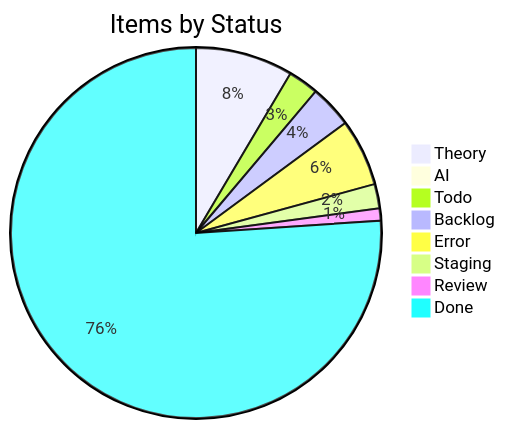
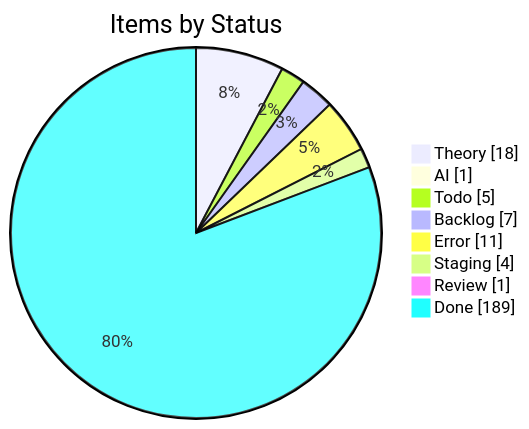
The first of 4 diagrams in apps/kbve/astro-kbve/src/content/docs/dashboard/kanban.mdx (KBVE/kbve), drawn with Mermaid before and after one commit. The commit also changed other lines of this file and 7 other files, not shown here.

````diff
--- a/apps/kbve/astro-kbve/src/content/docs/dashboard/kanban.mdx
+++ b/apps/kbve/astro-kbve/src/content/docs/dashboard/kanban.mdx
@@ -54,11 +55,12 @@
 ```mermaid
-pie title Items by Status
-    "Theory" : 16
+pie showData
+    title Items by Status
+    "Theory" : 18
     "AI" : 1
     "Todo" : 5
     "Backlog" : 7
     "Error" : 11
     "Staging" : 4
-    "Review" : 2
-    "Done" : 143
+    "Review" : 1
+    "Done" : 189
 ```
````
